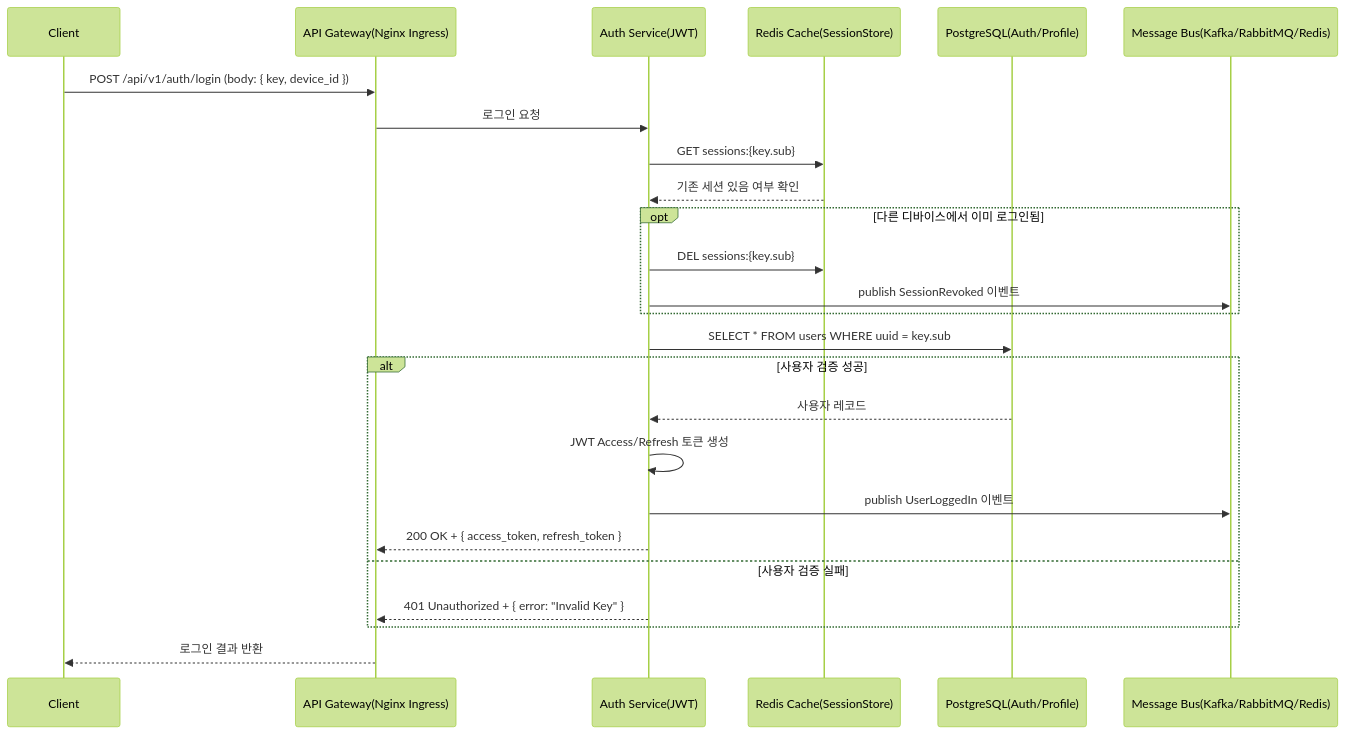
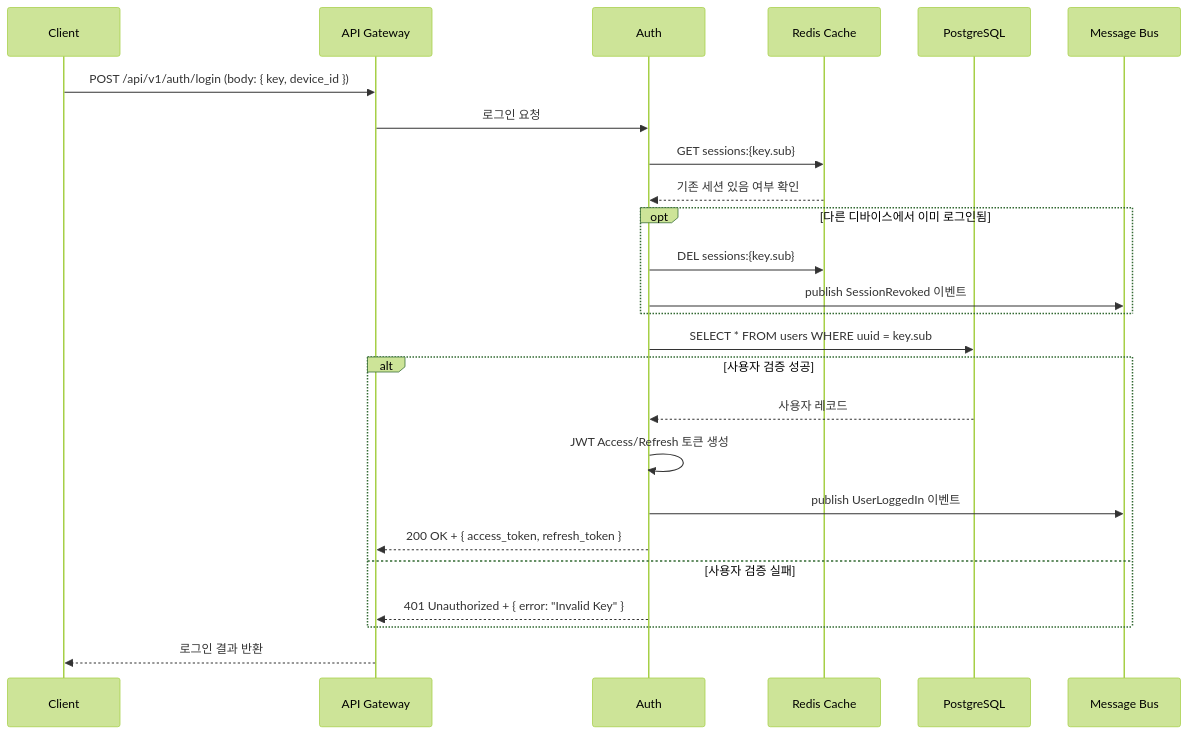
Before and after one commit to myeonghan-nim/veilgram: the third of 47 diagrams in documents/sequence_diagram.md, drawn with Mermaid (forest theme). The commit also changed other lines of this file and 1 other file, not shown here.

````diff
--- a/documents/sequence_diagram.md
+++ b/documents/sequence_diagram.md
@@ -59,28 +59,28 @@
 ```mermaid
 sequenceDiagram
     participant Client as Client
-    participant APIGW as API Gateway(Nginx Ingress)
-    participant Auth as Auth Service(JWT)
-    participant SessionCache as Redis Cache(SessionStore)
-    participant DB as PostgreSQL(Auth/Profile)
-    participant Bus as Message Bus(Kafka/RabbitMQ/Redis)
+    participant APIGW as API Gateway
+    participant Auth as Auth
+    participant SessionCache as Redis Cache
+    participant DB as PostgreSQL
+    participant Bus as Message Bus
 
     Client->>APIGW: POST /api/v1/auth/login (body: { key, device_id })
     APIGW->>Auth: 로그인 요청
     Auth->>SessionCache: GET sessions:{key.sub}
     SessionCache-->>Auth: 기존 세션 있음 여부 확인
     opt 다른 디바이스에서 이미 로그인됨
         Auth->>SessionCache: DEL sessions:{key.sub}
         Auth->>Bus: publish SessionRevoked 이벤트
     end
     Auth->>DB: SELECT * FROM users WHERE uuid = key.sub
     alt 사용자 검증 성공
         DB-->>Auth: 사용자 레코드
         Auth->>Auth: JWT Access/Refresh 토큰 생성
         Auth->>Bus: publish UserLoggedIn 이벤트
         Auth-->>APIGW: 200 OK + { access_token, refresh_token }
     else 사용자 검증 실패
         Auth-->>APIGW: 401 Unauthorized + { error: "Invalid Key" }
     end
     APIGW-->>Client: 로그인 결과 반환
 ```
````
